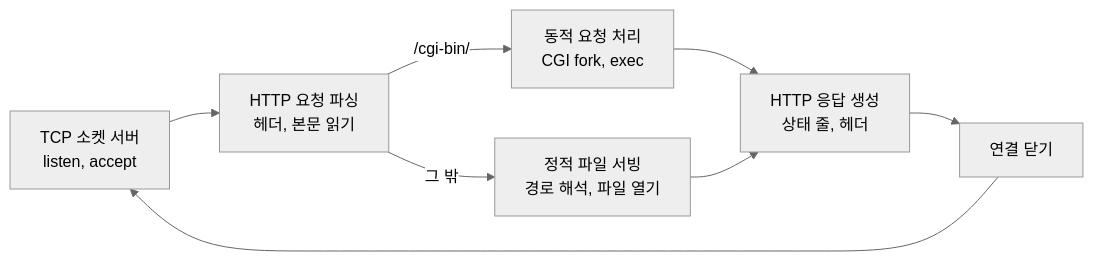
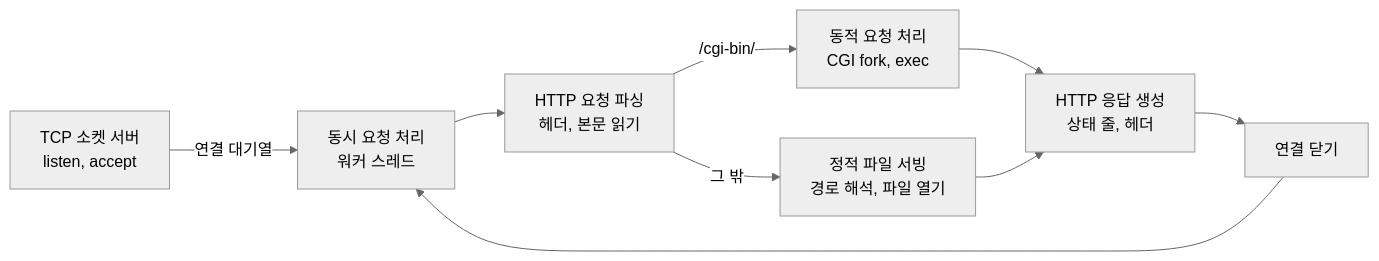
Before and after one commit to choimoohun/SW-AI-W13-Web-Server: the diagram in docs/README.md, drawn with Mermaid (neutral theme). The commit also changed other lines of this file and 10 other files, not shown here.

````diff
--- a/docs/README.md
+++ b/docs/README.md
@@ -13,10 +13,11 @@
 ```mermaid
 flowchart LR
-    A["TCP 소켓 서버<br/>listen, accept"] --> B["HTTP 요청 파싱<br/>헤더, 본문 읽기"]
+    A["TCP 소켓 서버<br/>listen, accept"] -->|"연결 대기열"| W["동시 요청 처리<br/>워커 스레드"]
+    W --> B["HTTP 요청 파싱<br/>헤더, 본문 읽기"]
     B -->|"그 밖"| C["정적 파일 서빙<br/>경로 해석, 파일 열기"]
     B -->|"/cgi-bin/"| G["동적 요청 처리<br/>CGI fork, exec"]
     G --> D
     C --> D["HTTP 응답 생성<br/>상태 줄, 헤더"]
     D --> E["연결 닫기"]
-    E --> A
+    E --> W
 ```
````
